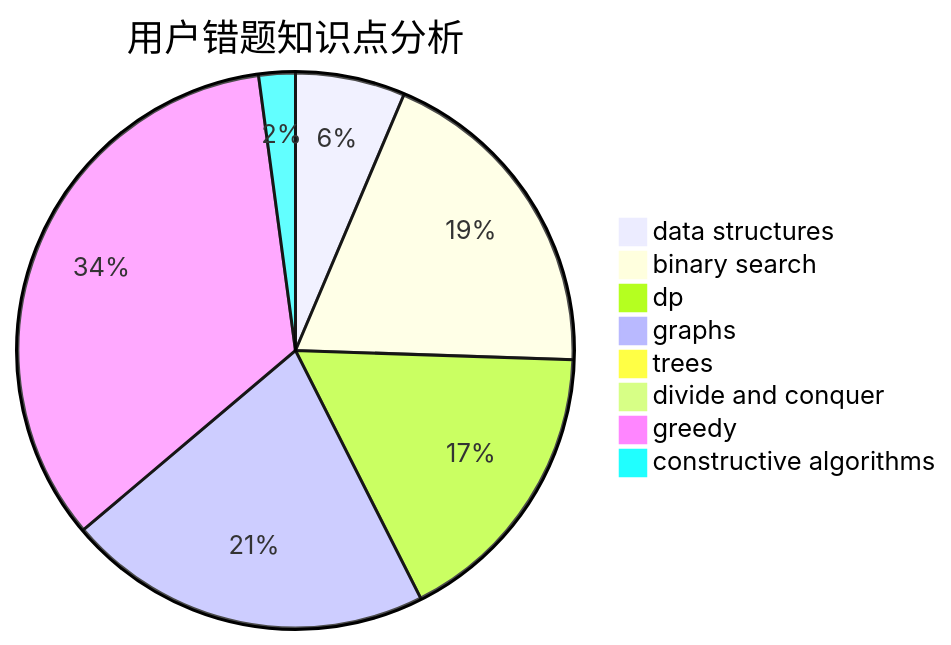
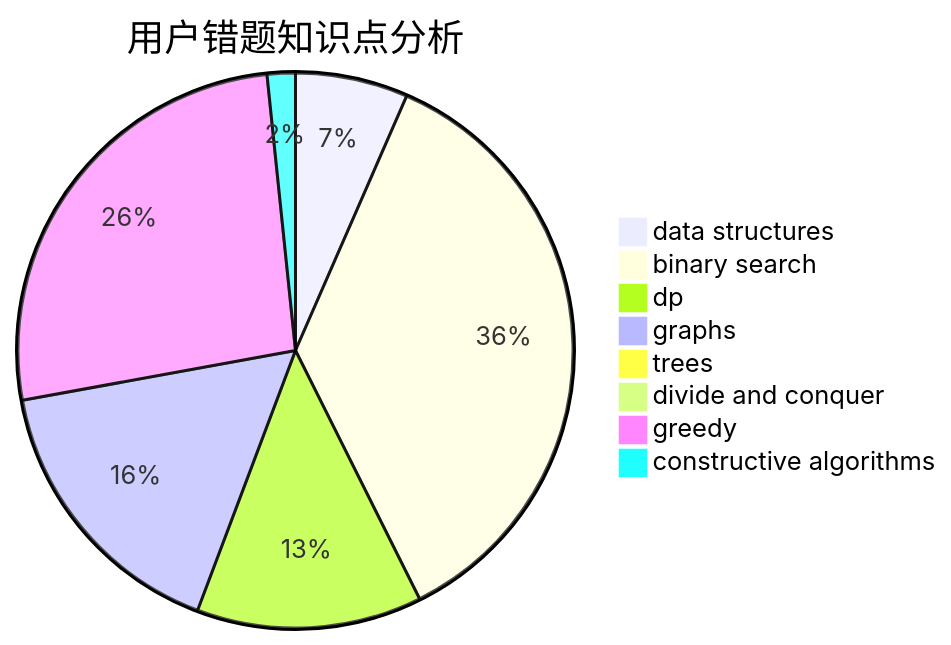
The third of 3 diagrams in docs/user/u26.md (sherpahu/cfrs.github.io), drawn with Mermaid before and after one commit. The commit also changed other lines of this file and 2770 other files, not shown here.

````diff
--- a/docs/user/u26.md
+++ b/docs/user/u26.md
@@ -36,11 +36,11 @@
 ```mermaid
 pie title 用户错题知识点分析
-    "data structures" :  3
-    "binary search" :  9
+    "data structures" :  4
+    "binary search" :  22
     "dp" :  8
     "graphs" :  10
     "trees" :  0
     "divide and conquer" :  0
     "greedy" :  16
     "constructive algorithms" :  1
 ```
````
